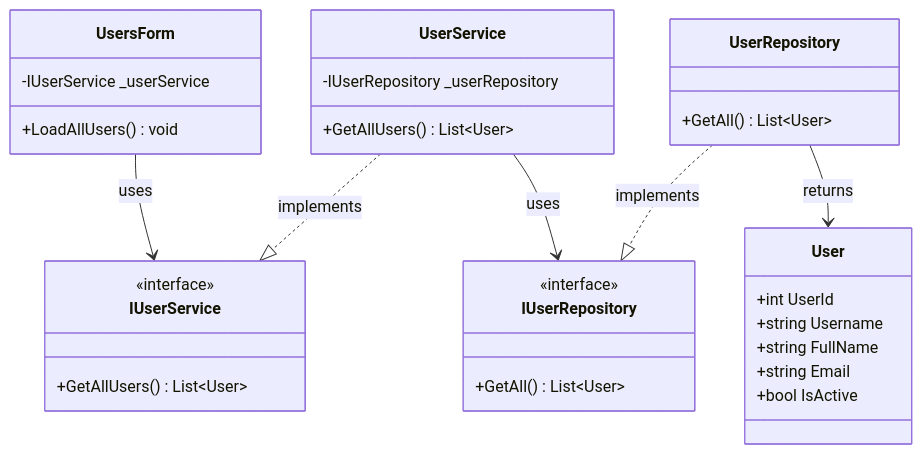
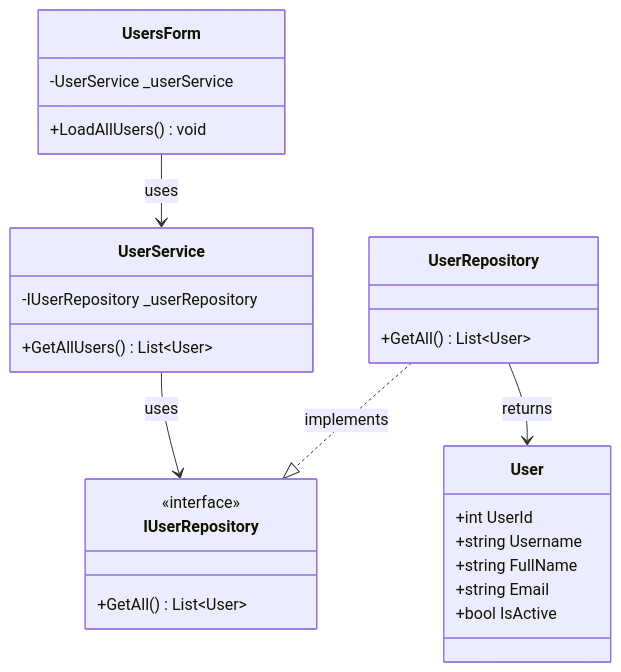
One commit to nahuk86/tp_diploma_nk_2026 changed diagram 11 of 18 in Documentation/UML_Diagrams/19_Users_UseCases.md. Above: the diagram before and after it, drawn with Mermaid. The commit also changed other lines of this file and 1 other file, not shown here.

First line of the commit message:
docs: remove non-existent IUserService and IRoleService interface references

````diff
--- a/Documentation/UML_Diagrams/19_Users_UseCases.md
+++ b/Documentation/UML_Diagrams/19_Users_UseCases.md
@@ -481,40 +450,34 @@
 ```mermaid
 classDiagram
     class UsersForm {
-        -IUserService _userService
+        -UserService _userService
         +LoadAllUsers() void
-    }
-
-    class IUserService {
-        <<interface>>
-        +GetAllUsers() List~User~
     }
 
     class UserService {
         -IUserRepository _userRepository
         +GetAllUsers() List~User~
     }
 
     class IUserRepository {
         <<interface>>
         +GetAll() List~User~
     }
 
     class UserRepository {
         +GetAll() List~User~
     }
 
     class User {
         +int UserId
         +string Username
         +string FullName
         +string Email
         +bool IsActive
     }
 
-    UsersForm --> IUserService : uses
-    UserService ..|> IUserService : implements
+    UsersForm --> UserService : uses
     UserService --> IUserRepository : uses
     UserRepository ..|> IUserRepository : implements
     UserRepository --> User : returns
 ```
````
